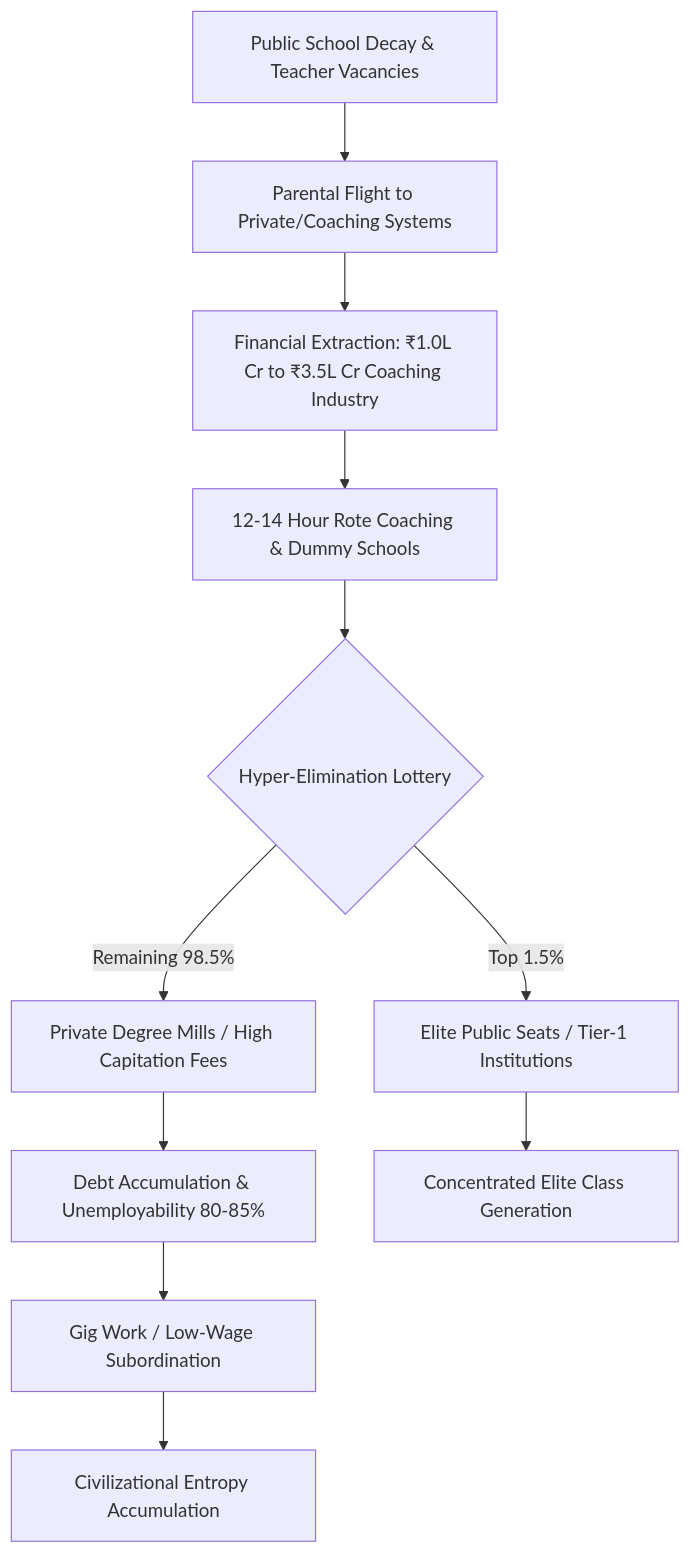
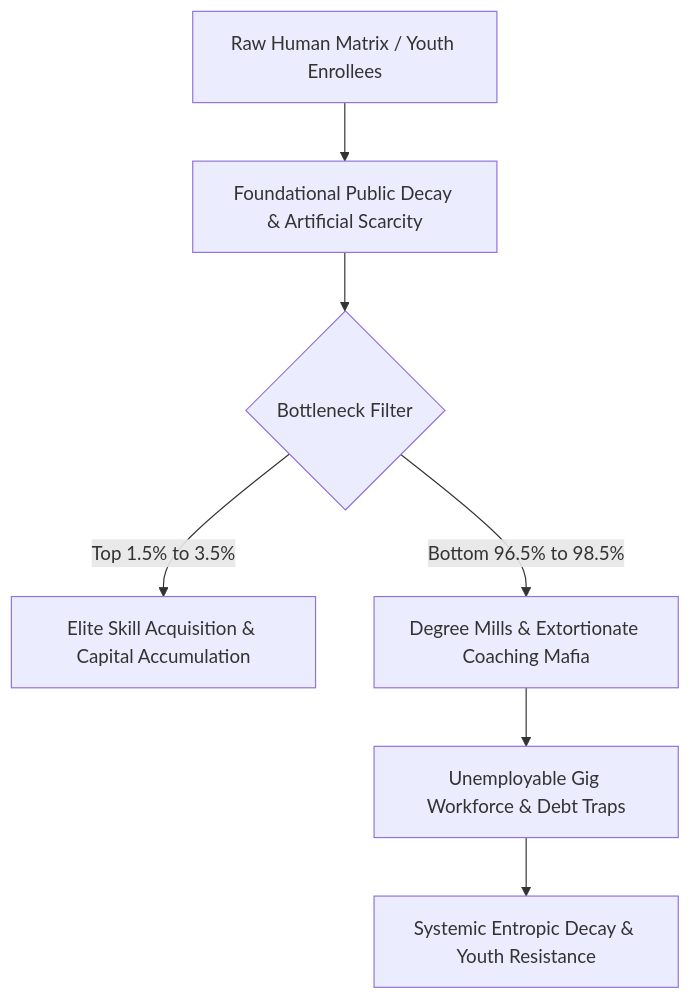
One commit to justicephysics/humanos2.0 changed the diagram in y.md. Above: the diagram before and after it, drawn with Mermaid. The commit also changed other lines of this file, not shown here.

````diff
--- a/y.md
+++ b/y.md
@@ -130,13 +38,9 @@
 ```mermaid
-flowchart TD
-    A[Public School Decay & Teacher Vacancies] --> B[Parental Flight to Private/Coaching Systems]
-    B --> C[Financial Extraction: ₹1.0L Cr to ₹3.5L Cr Coaching Industry]
-    C --> D[12-14 Hour Rote Coaching & Dummy Schools]
-    D --> E{Hyper-Elimination Lottery}
-    E -- Top 1.5% --> F[Elite Public Seats / Tier-1 Institutions]
-    E -- Remaining 98.5% --> G[Private Degree Mills / High Capitation Fees]
-    G --> H[Debt Accumulation & Unemployability 80-85%]
-    H --> I[Gig Work / Low-Wage Subordination]
-    I --> J[Civilizational Entropy Accumulation]
-    F --> K[Concentrated Elite Class Generation]
+graph TD
+    A[Raw Human Matrix / Youth Enrollees] --> B[Foundational Public Decay & Artificial Scarcity]
+    B --> C{Bottleneck Filter}
+    C -->|Top 1.5% to 3.5%| D[Elite Skill Acquisition & Capital Accumulation]
+    C -->|Bottom 96.5% to 98.5%| E[Degree Mills & Extortionate Coaching Mafia]
+    E --> F[Unemployable Gig Workforce & Debt Traps]
+    F --> G[Systemic Entropic Decay & Youth Resistance]
 ```
````
